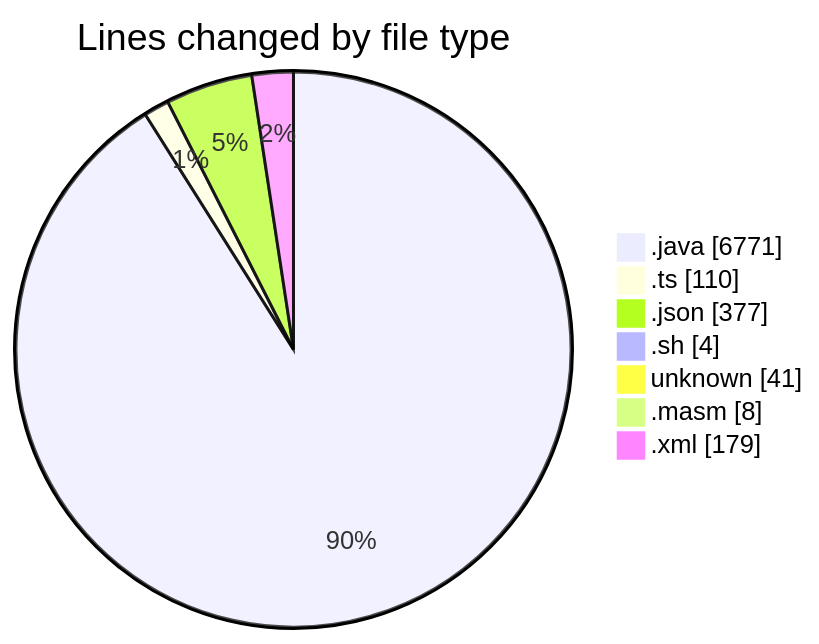
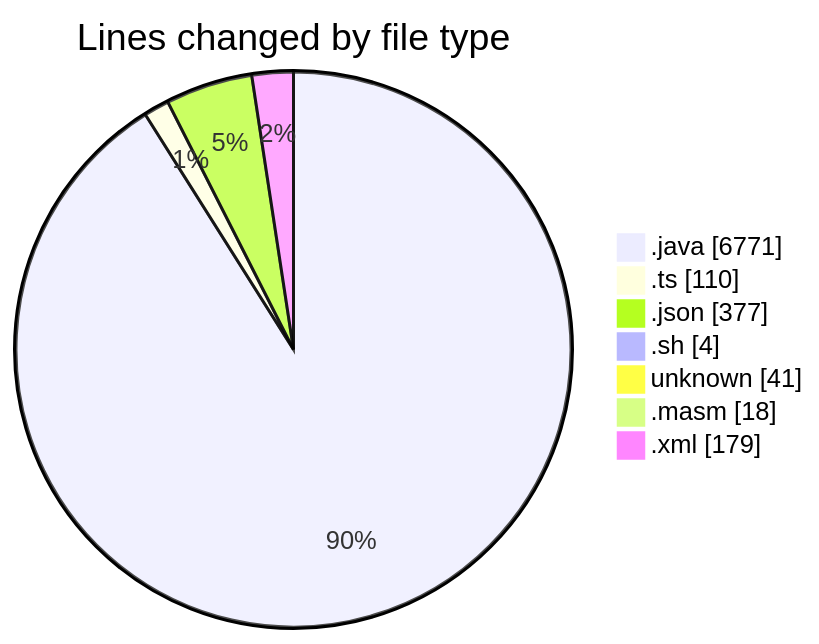
One commit to charlie-sans/code-tracking changed the first of 2 diagrams in 2025-02-20/micros/README.md. Above: the diagram before and after it, drawn with Mermaid. The commit also changed other lines of this file and 1 other file, not shown here.

````diff
--- a/2025-02-20/micros/README.md
+++ b/2025-02-20/micros/README.md
@@ -46,11 +46,11 @@
 ```mermaid
 pie showData
 title Lines changed by file type
 ".java" : 6771
 ".ts" : 110
 ".json" : 377
 ".sh" : 4
 "unknown" : 41
-".masm" : 8
+".masm" : 18
 ".xml" : 179
 ```
````
